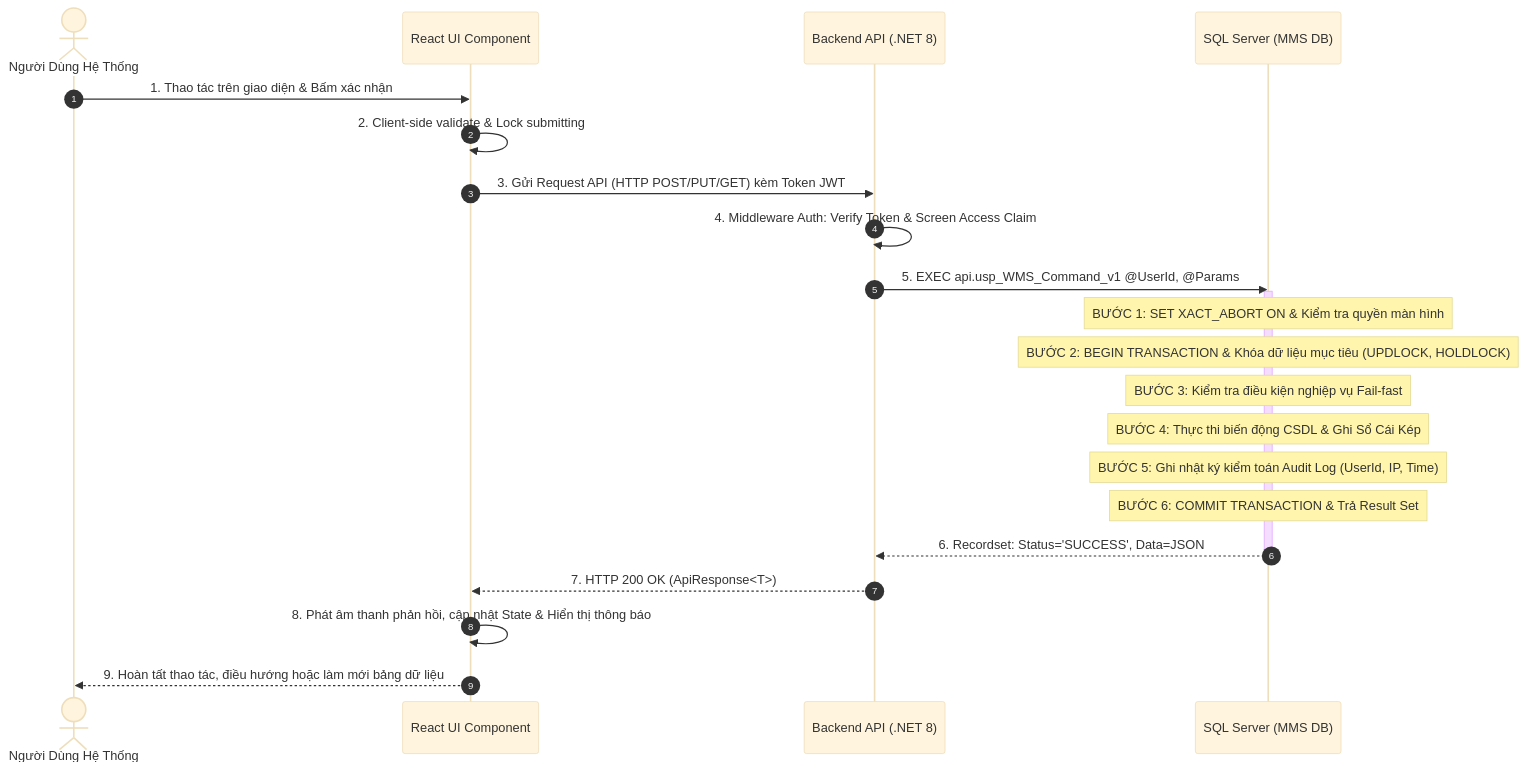
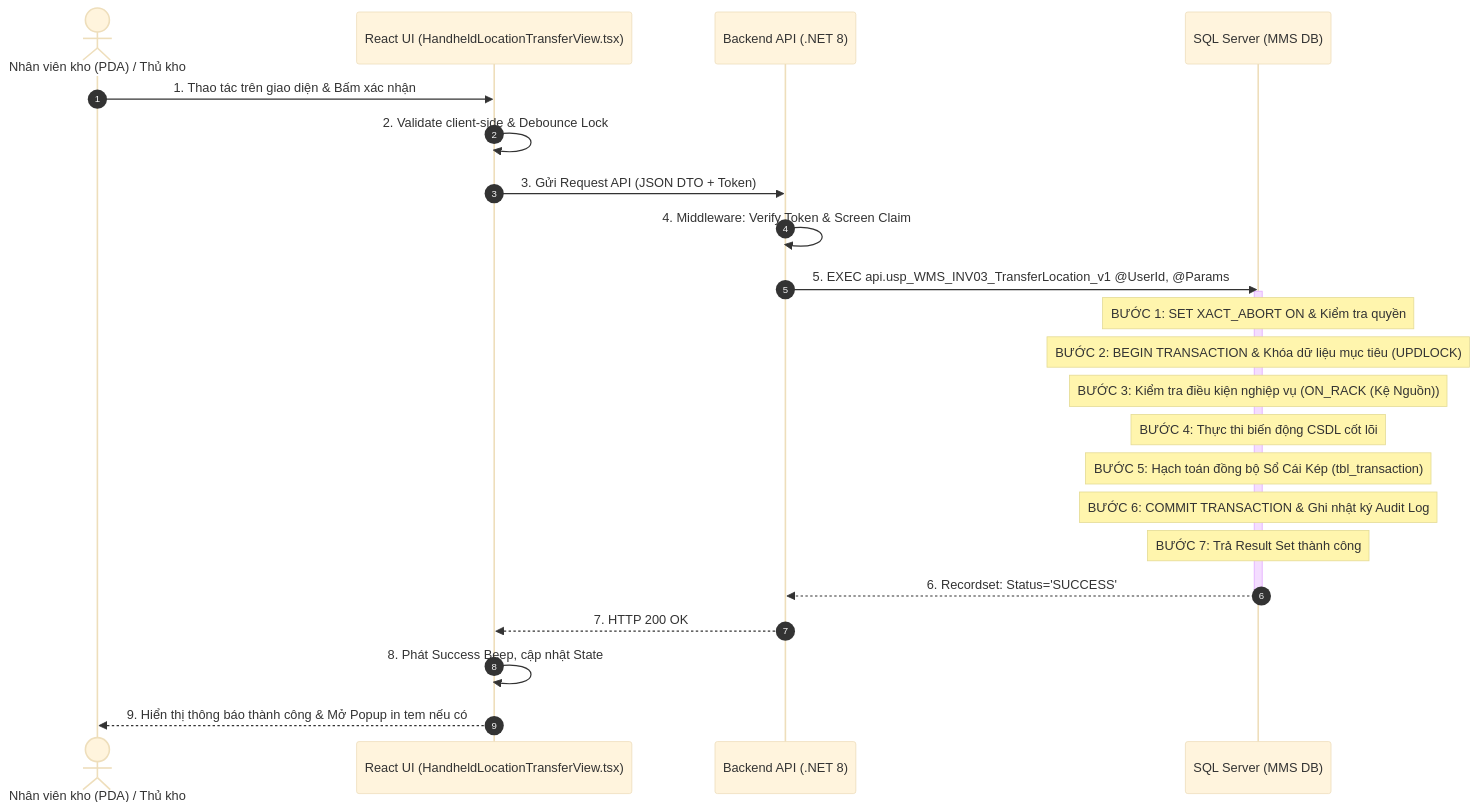
The first of 2 diagrams in docs/03-use-cases/UC-17_INV-03.md (Sohoa-KNSG/mms), drawn with Mermaid (base theme) before and after one commit. The commit also changed other lines of this file and 44 other files, not shown here.

````diff
--- a/docs/03-use-cases/UC-17_INV-03.md
+++ b/docs/03-use-cases/UC-17_INV-03.md
@@ -130,29 +162,30 @@
 ```mermaid
 sequenceDiagram
     autonumber
-    actor User as Người Dùng Hệ Thống
-    participant UI as React UI Component
+    actor User as Nhân viên kho (PDA) / Thủ kho
+    participant UI as React UI (HandheldLocationTransferView.tsx)
     participant API as Backend API (.NET 8)
     participant DB as SQL Server (MMS DB)
 
     User->>UI: 1. Thao tác trên giao diện & Bấm xác nhận
-    UI->>UI: 2. Client-side validate & Lock submitting
-    UI->>API: 3. Gửi Request API (HTTP POST/PUT/GET) kèm Token JWT
+    UI->>UI: 2. Validate client-side & Debounce Lock
+    UI->>API: 3. Gửi Request API (JSON DTO + Token)
     
-    API->>API: 4. Middleware Auth: Verify Token & Screen Access Claim
-    API->>DB: 5. EXEC api.usp_WMS_Command_v1 @UserId, @Params
+    API->>API: 4. Middleware: Verify Token & Screen Claim
+    API->>DB: 5. EXEC api.usp_WMS_INV03_TransferLocation_v1 @UserId, @Params
     
     activate DB
-    Note over DB: BƯỚC 1: SET XACT_ABORT ON & Kiểm tra quyền màn hình
-    Note over DB: BƯỚC 2: BEGIN TRANSACTION & Khóa dữ liệu mục tiêu (UPDLOCK, HOLDLOCK)
-    Note over DB: BƯỚC 3: Kiểm tra điều kiện nghiệp vụ Fail-fast
-    Note over DB: BƯỚC 4: Thực thi biến động CSDL & Ghi Sổ Cái Kép
-    Note over DB: BƯỚC 5: Ghi nhật ký kiểm toán Audit Log (UserId, IP, Time)
-    Note over DB: BƯỚC 6: COMMIT TRANSACTION & Trả Result Set
-    DB-->>API: 6. Recordset: Status='SUCCESS', Data=JSON
+    Note over DB: BƯỚC 1: SET XACT_ABORT ON & Kiểm tra quyền
+    Note over DB: BƯỚC 2: BEGIN TRANSACTION & Khóa dữ liệu mục tiêu (UPDLOCK)
+    Note over DB: BƯỚC 3: Kiểm tra điều kiện nghiệp vụ (ON_RACK (Kệ Nguồn))
+    Note over DB: BƯỚC 4: Thực thi biến động CSDL cốt lõi
+    Note over DB: BƯỚC 5: Hạch toán đồng bộ Sổ Cái Kép (tbl_transaction)
+    Note over DB: BƯỚC 6: COMMIT TRANSACTION & Ghi nhật ký Audit Log
+    Note over DB: BƯỚC 7: Trả Result Set thành công
+    DB-->>API: 6. Recordset: Status='SUCCESS'
     deactivate DB
 
-    API-->>UI: 7. HTTP 200 OK (ApiResponse<T>)
-    UI->>UI: 8. Phát âm thanh phản hồi, cập nhật State & Hiển thị thông báo
-    UI-->>User: 9. Hoàn tất thao tác, điều hướng hoặc làm mới bảng dữ liệu
+    API-->>UI: 7. HTTP 200 OK
+    UI->>UI: 8. Phát Success Beep, cập nhật State
+    UI-->>User: 9. Hiển thị thông báo thành công & Mở Popup in tem nếu có
 ```
````
